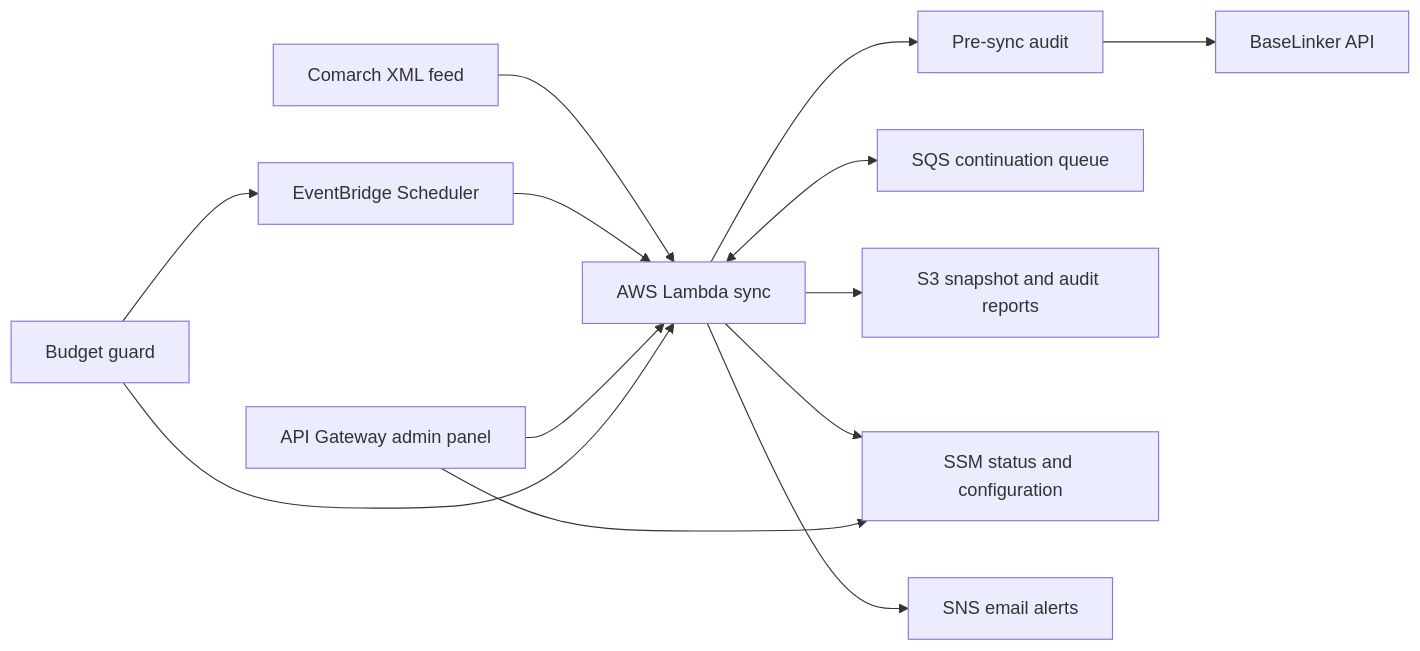
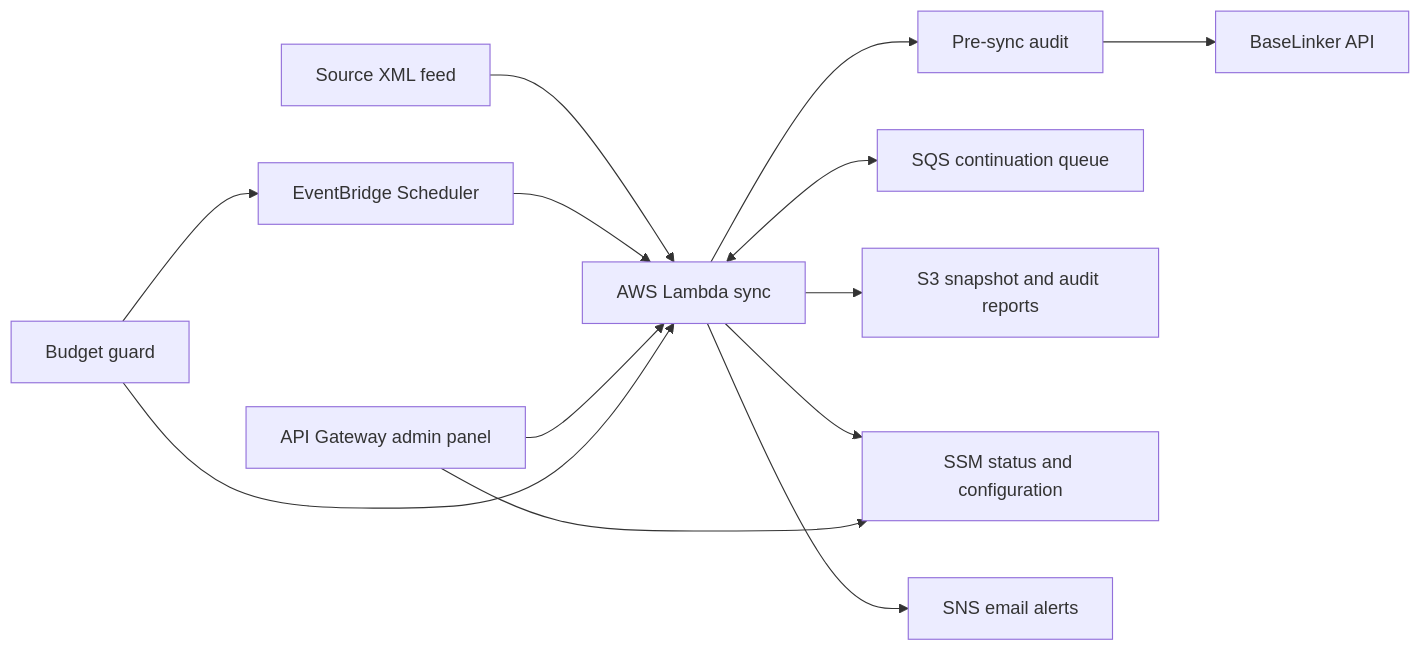
Before and after one commit to whatsney/comarch-baselinker-sync: the diagram in README.md, drawn with Mermaid. The commit also changed other lines of this file and 10 other files, not shown here.

Commit message:
Generalize XML source configuration

````diff
--- a/README.md
+++ b/README.md
@@ -29,15 +34,15 @@
 ```mermaid
 flowchart LR
-  C[Comarch XML feed] --> L[AWS Lambda sync]
+  C[Source XML feed] --> L[AWS Lambda sync]
   L --> A[Pre-sync audit]
   A --> B[BaseLinker API]
   L <--> Q[SQS continuation queue]
   L --> S3[S3 snapshot and audit reports]
   L --> SSM[SSM status and configuration]
   L --> N[SNS email alerts]
   E[EventBridge Scheduler] --> L
   UI[API Gateway admin panel] --> L
   UI --> SSM
   BG[Budget guard] --> L
   BG --> E
 ```
````
